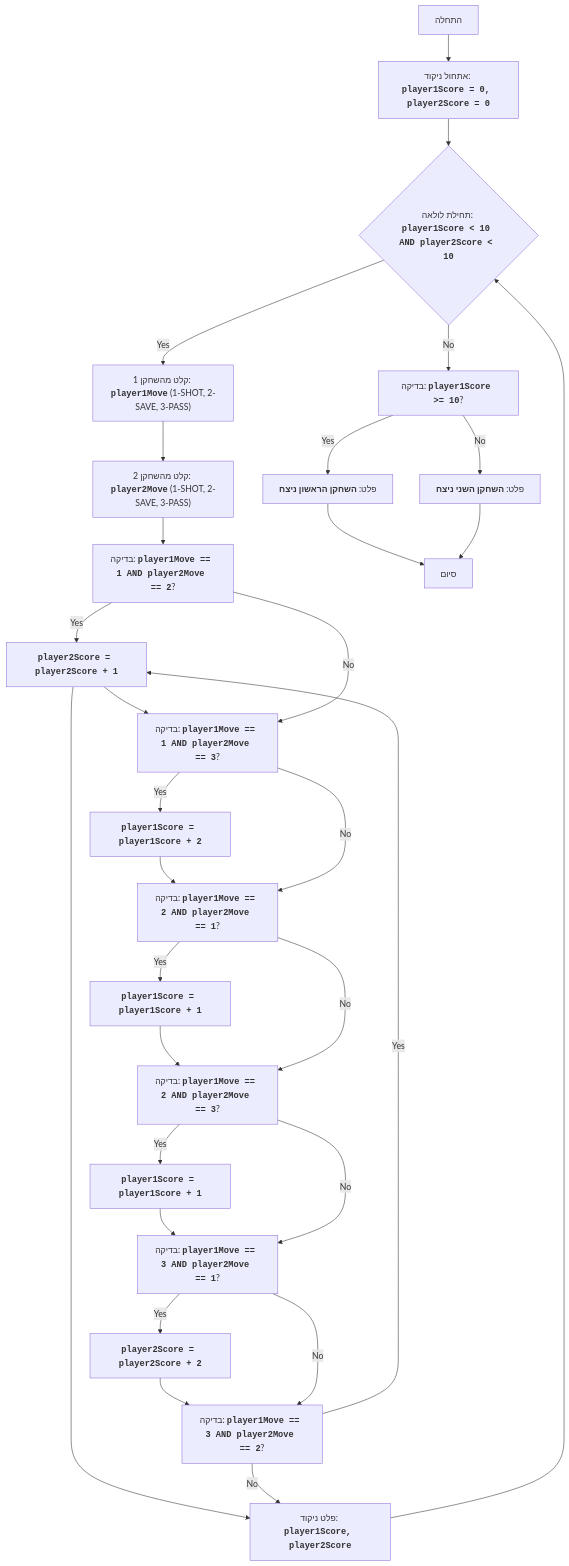
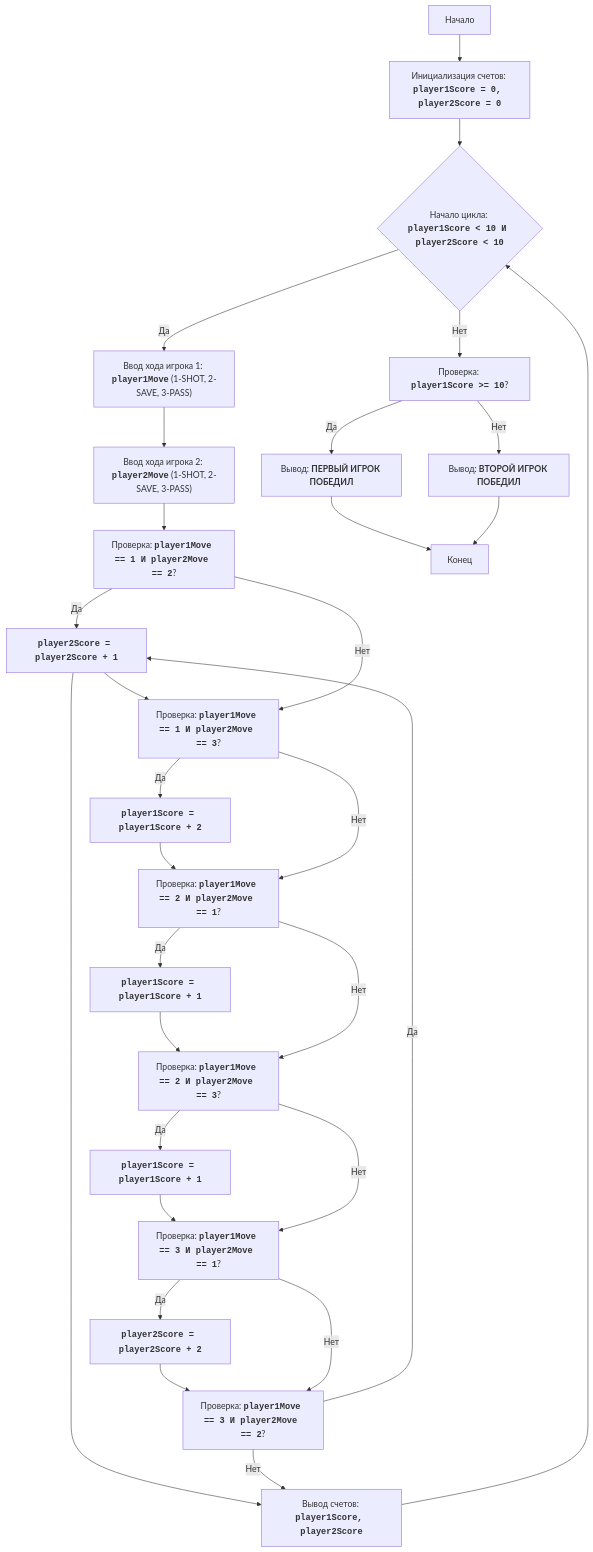
One commit to hypo69/1001-python-he changed the diagram in code/UNSORTED/HOCKEY/README.MD. Above: the diagram before and after it, drawn with Mermaid. The commit also changed other lines of this file and 869 other files, not shown here.

````diff
--- a/code/UNSORTED/HOCKEY/README.MD
+++ b/code/UNSORTED/HOCKEY/README.MD
@@ -37,33 +37,33 @@
 ```mermaid
 flowchart TD
-    Start["התחלה"] --> InitializeScores["אתחול ניקוד: <code><b>player1Score = 0, player2Score = 0</b></code>"]
-    InitializeScores --> GameLoopStart{"תחילת לולאה: <code><b>player1Score < 10 AND player2Score < 10</b></code>"}
-    GameLoopStart -- Yes --> Player1Input["קלט מהשחקן 1: <code><b>player1Move</b></code> (1-SHOT, 2-SAVE, 3-PASS)"]
-    Player1Input --> Player2Input["קלט מהשחקן 2: <code><b>player2Move</b></code> (1-SHOT, 2-SAVE, 3-PASS)"]
-    Player2Input --> CheckMoves1["בדיקה: <code><b>player1Move == 1 AND player2Move == 2</b></code>?"]
-    CheckMoves1 -- Yes --> Player2ScoreInc1["<code><b>player2Score = player2Score + 1</b></code>"]
-    Player2ScoreInc1 --> CheckMoves2["בדיקה: <code><b>player1Move == 1 AND player2Move == 3</b></code>?"]
-    CheckMoves1 -- No --> CheckMoves2
-    CheckMoves2 -- Yes --> Player1ScoreInc2["<code><b>player1Score = player1Score + 2</b></code>"]
-    Player1ScoreInc2 --> CheckMoves3["בדיקה: <code><b>player1Move == 2 AND player2Move == 1</b></code>?"]
-    CheckMoves2 -- No --> CheckMoves3
-    CheckMoves3 -- Yes --> Player1ScoreInc1_1["<code><b>player1Score = player1Score + 1</b></code>"]
-    Player1ScoreInc1_1 --> CheckMoves4["בדיקה: <code><b>player1Move == 2 AND player2Move == 3</b></code>?"]
-    CheckMoves3 -- No --> CheckMoves4
-    CheckMoves4 -- Yes --> Player1ScoreInc1_2["<code><b>player1Score = player1Score + 1</b></code>"]
-    Player1ScoreInc1_2 --> CheckMoves5["בדיקה: <code><b>player1Move == 3 AND player2Move == 1</b></code>?"]
-    CheckMoves4 -- No --> CheckMoves5
-    CheckMoves5 -- Yes --> Player2ScoreInc2["<code><b>player2Score = player2Score + 2</b></code>"]
-    Player2ScoreInc2 --> CheckMoves6["בדיקה: <code><b>player1Move == 3 AND player2Move == 2</b></code>?"]
-    CheckMoves5 -- No --> CheckMoves6
-    CheckMoves6 -- Yes --> Player2ScoreInc1["<code><b>player2Score = player2Score + 1</b></code>"]
-    Player2ScoreInc1 --> OutputScores["פלט ניקוד: <code><b>player1Score, player2Score</b></code>"]
-    CheckMoves6 -- No --> OutputScores
+    Start["Начало"] --> InitializeScores["Инициализация счетов: <code><b>player1Score = 0, player2Score = 0</b></code>"]
+    InitializeScores --> GameLoopStart{"Начало цикла: <code><b>player1Score < 10 И player2Score < 10</b></code>"}
+    GameLoopStart -- Да --> Player1Input["Ввод хода игрока 1: <code><b>player1Move</b></code> (1-SHOT, 2-SAVE, 3-PASS)"]
+    Player1Input --> Player2Input["Ввод хода игрока 2: <code><b>player2Move</b></code> (1-SHOT, 2-SAVE, 3-PASS)"]
+    Player2Input --> CheckMoves1["Проверка: <code><b>player1Move == 1 И player2Move == 2</b></code>?"]
+    CheckMoves1 -- Да --> Player2ScoreInc1["<code><b>player2Score = player2Score + 1</b></code>"]
+    Player2ScoreInc1 --> CheckMoves2["Проверка: <code><b>player1Move == 1 И player2Move == 3</b></code>?"]
+    CheckMoves1 -- Нет --> CheckMoves2
+    CheckMoves2 -- Да --> Player1ScoreInc2["<code><b>player1Score = player1Score + 2</b></code>"]
+    Player1ScoreInc2 --> CheckMoves3["Проверка: <code><b>player1Move == 2 И player2Move == 1</b></code>?"]
+    CheckMoves2 -- Нет --> CheckMoves3
+    CheckMoves3 -- Да --> Player1ScoreInc1_1["<code><b>player1Score = player1Score + 1</b></code>"]
+    Player1ScoreInc1_1 --> CheckMoves4["Проверка: <code><b>player1Move == 2 И player2Move == 3</b></code>?"]
+    CheckMoves3 -- Нет --> CheckMoves4
+    CheckMoves4 -- Да --> Player1ScoreInc1_2["<code><b>player1Score = player1Score + 1</b></code>"]
+    Player1ScoreInc1_2 --> CheckMoves5["Проверка: <code><b>player1Move == 3 И player2Move == 1</b></code>?"]
+    CheckMoves4 -- Нет --> CheckMoves5
+    CheckMoves5 -- Да --> Player2ScoreInc2["<code><b>player2Score = player2Score + 2</b></code>"]
+    Player2ScoreInc2 --> CheckMoves6["Проверка: <code><b>player1Move == 3 И player2Move == 2</b></code>?"]
+    CheckMoves5 -- Нет --> CheckMoves6
+    CheckMoves6 -- Да --> Player2ScoreInc1["<code><b>player2Score = player2Score + 1</b></code>"]
+    Player2ScoreInc1 --> OutputScores["Вывод счетов: <code><b>player1Score, player2Score</b></code>"]
+    CheckMoves6 -- Нет --> OutputScores
     OutputScores --> GameLoopStart
-    GameLoopStart -- No --> CheckWinner["בדיקה: <code><b>player1Score >= 10</b></code>?"]
-    CheckWinner -- Yes --> OutputWinner1["פלט: <b>השחקן הראשון ניצח</b>"]
-    OutputWinner1 --> End["סיום"]
-    CheckWinner -- No --> OutputWinner2["פלט: <b>השחקן השני ניצח</b>"]
+    GameLoopStart -- Нет --> CheckWinner["Проверка: <code><b>player1Score >= 10</b></code>?"]
+    CheckWinner -- Да --> OutputWinner1["Вывод: <b>ПЕРВЫЙ ИГРОК ПОБЕДИЛ</b>"]
+    OutputWinner1 --> End["Конец"]
+    CheckWinner -- Нет --> OutputWinner2["Вывод: <b>ВТОРОЙ ИГРОК ПОБЕДИЛ</b>"]
     OutputWinner2 --> End
 
 ```
````
